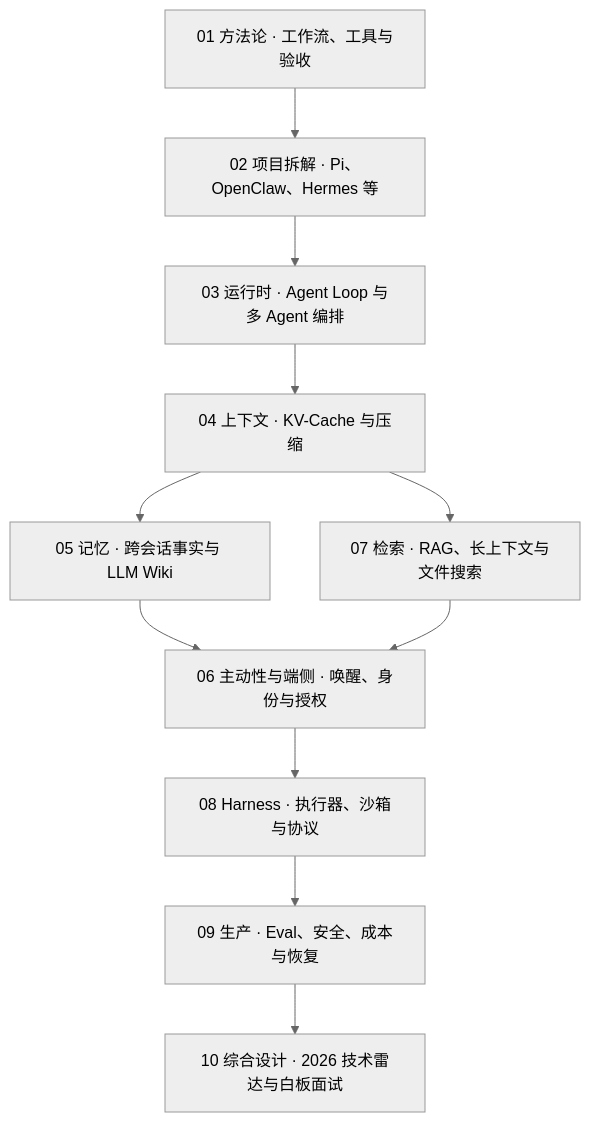
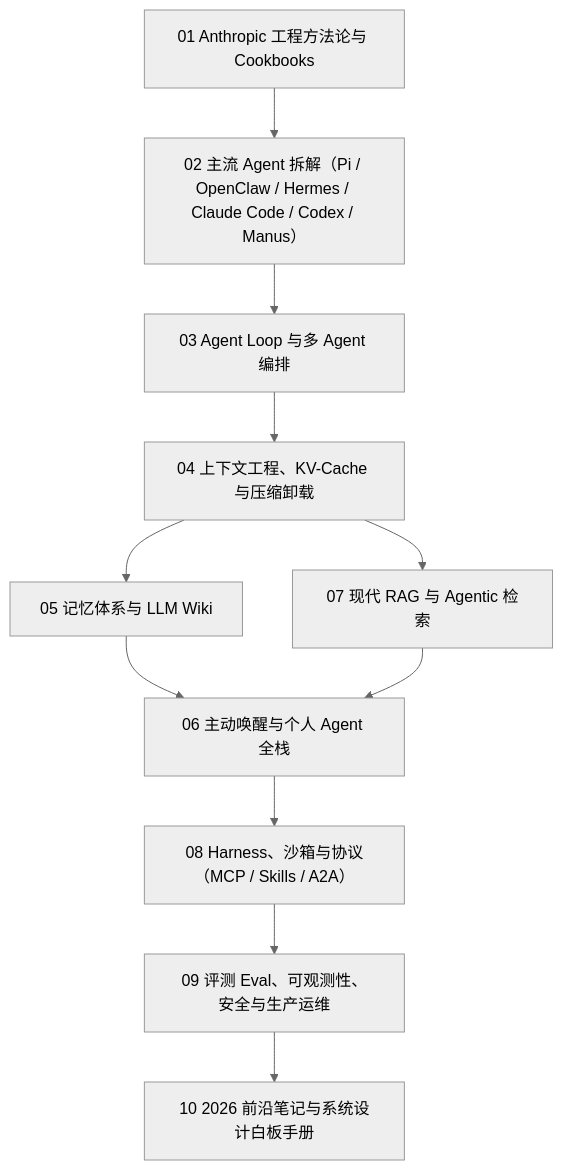
One commit to echonoshy/agent-engineering-handbook changed the diagram in README.md. Above: the diagram before and after it, drawn with Mermaid (neutral theme). The commit also changed other lines of this file and 21 other files, not shown here.

````diff
--- a/README.md
+++ b/README.md
@@ -19,13 +7,13 @@
 ```mermaid
 flowchart TD
-    M01["01 方法论 · 工作流、工具与验收"] --> M02["02 项目拆解 · Pi、OpenClaw、Hermes 等"]
-    M02 --> M03["03 运行时 · Agent Loop 与多 Agent 编排"]
-    M03 --> M04["04 上下文 · KV-Cache 与压缩"]
-    M04 --> M05["05 记忆 · 跨会话事实与 LLM Wiki"]
-    M04 --> M07["07 检索 · RAG、长上下文与文件搜索"]
-    M05 --> M06["06 主动性与端侧 · 唤醒、身份与授权"]
+    M01["01 Anthropic 工程方法论与 Cookbooks"] --> M02["02 主流 Agent 拆解（Pi / OpenClaw / Hermes / Claude Code / Codex / Manus）"]
+    M02 --> M03["03 Agent Loop 与多 Agent 编排"]
+    M03 --> M04["04 上下文工程、KV-Cache 与压缩卸载"]
+    M04 --> M05["05 记忆体系与 LLM Wiki"]
+    M04 --> M07["07 现代 RAG 与 Agentic 检索"]
+    M05 --> M06["06 主动唤醒与个人 Agent 全栈"]
     M07 --> M06
-    M06 --> M08["08 Harness · 执行器、沙箱与协议"]
-    M08 --> M09["09 生产 · Eval、安全、成本与恢复"]
-    M09 --> M10["10 综合设计 · 2026 技术雷达与白板面试"]
+    M06 --> M08["08 Harness、沙箱与协议（MCP / Skills / A2A）"]
+    M08 --> M09["09 评测 Eval、可观测性、安全与生产运维"]
+    M09 --> M10["10 2026 前沿笔记与系统设计白板手册"]
 ```
````
